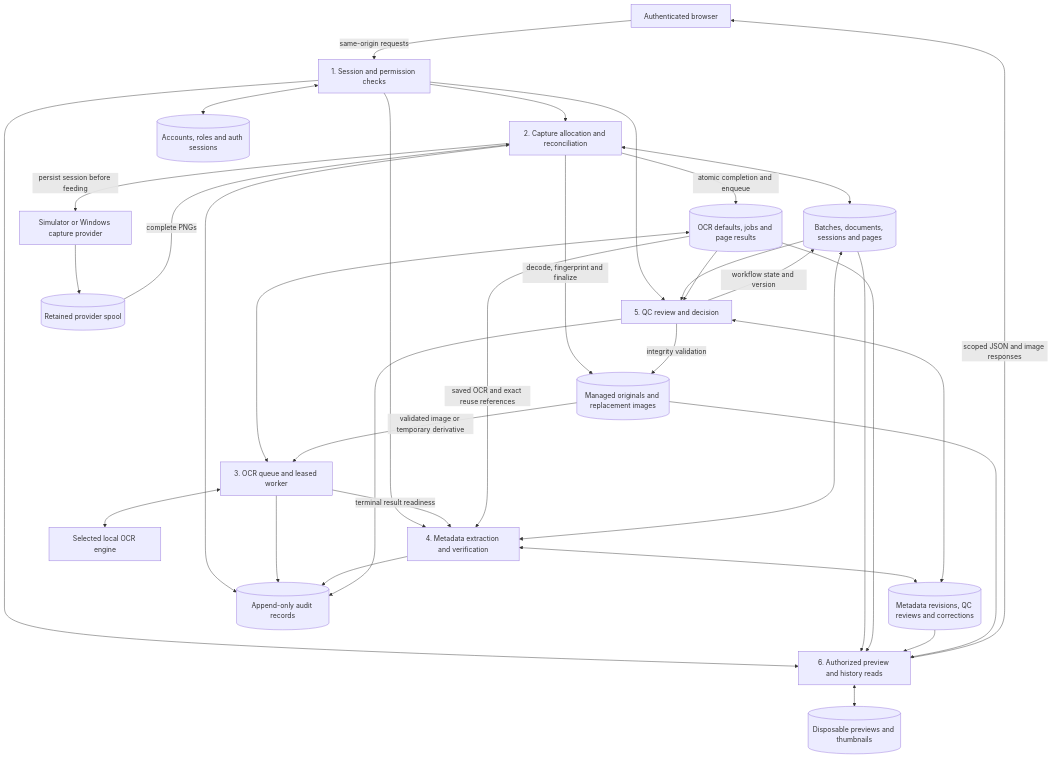
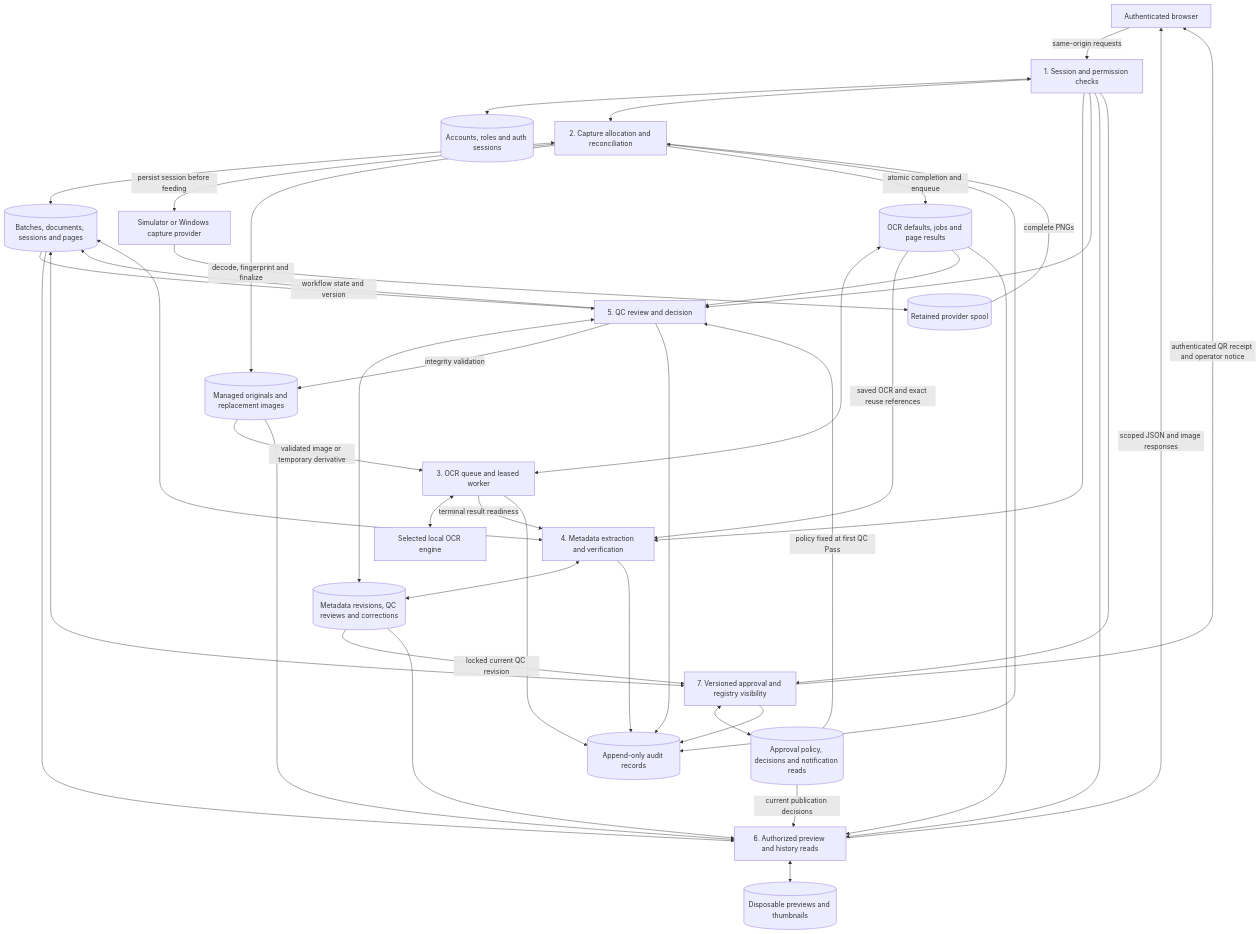
The second of 3 diagrams in DFD.md (ravhirizaldi/digitalarch), drawn with Mermaid before and after one commit. The commit also changed other lines of this file and 57 other files, not shown here.

````diff
--- a/DFD.md
+++ b/DFD.md
@@ -36,55 +46,65 @@
 ```mermaid
 flowchart TB
     Browser["Authenticated browser"]
     P1["1. Session and permission checks"]
     P2["2. Capture allocation and reconciliation"]
     P3["3. OCR queue and leased worker"]
     P4["4. Metadata extraction and verification"]
     P5["5. QC review and decision"]
     P6["6. Authorized preview and history reads"]
+    P7["7. Versioned approval and registry visibility"]
     Provider["Simulator or Windows capture provider"]
     Engine["Selected local OCR engine"]
     D1[("Accounts, roles and auth sessions")]
     D2[("Batches, documents, sessions and pages")]
     D3[("OCR defaults, jobs and page results")]
     D4[("Metadata revisions, QC reviews and corrections")]
     D5[("Append-only audit records")]
+    D6[("Approval policy, decisions and notification reads")]
     F1[("Retained provider spool")]
     F2[("Managed originals and replacement images")]
     F3[("Disposable previews and thumbnails")]
 
     Browser -->|same-origin requests| P1
     P1 <--> D1
     P1 --> P2
     P1 --> P4
     P1 --> P5
     P1 --> P6
+    P1 --> P7
     P2 <--> D2
     P2 -->|persist session before feeding| Provider
     Provider --> F1
     F1 -->|complete PNGs| P2
     P2 -->|decode, fingerprint and finalize| F2
     P2 -->|atomic completion and enqueue| D3
     D3 <--> P3
     F2 -->|validated image or temporary derivative| P3
     P3 <--> Engine
     P3 -->|terminal result readiness| P4
     P4 <--> D2
     P4 <--> D4
     D3 -->|saved OCR and exact reuse references| P4
     D2 --> P5
     D3 --> P5
     P5 <--> D4
     P5 -->|workflow state and version| D2
     P5 -->|integrity validation| F2
+    D6 -->|policy fixed at first QC Pass| P5
+    D4 -->|locked current QC revision| P7
+    P7 <--> D6
+    P7 <--> D2
+    P7 --> D5
+    P7 -->|authenticated QR receipt and operator notice| Browser
+    D6 -->|current publication decisions| P6
     P2 --> D5
     P3 --> D5
     P4 --> D5
     P5 --> D5
     D2 --> P6
     D3 --> P6
     D4 --> P6
     F2 --> P6
     P6 <--> F3
     P6 -->|scoped JSON and image responses| Browser
 ```
````
